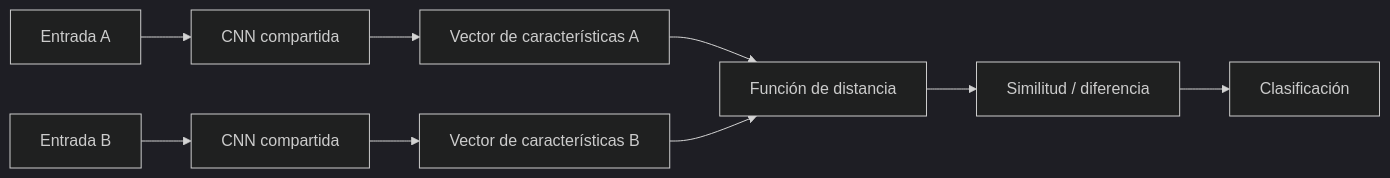
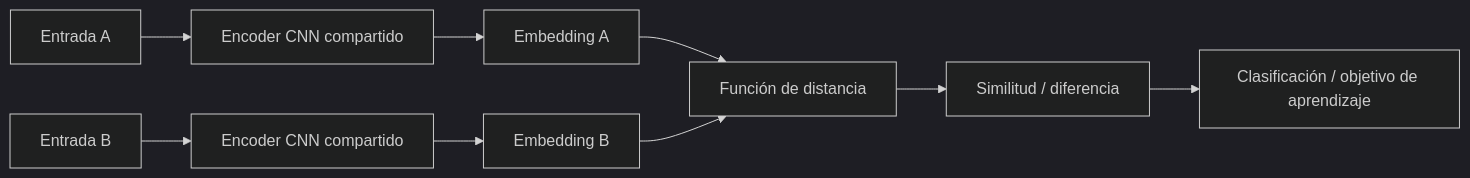
The third of 3 diagrams in README.md (LuisCasas23-cell/Clasificaci-n-de-v-deo-RGB-y-termogr-fico-mediante-redes-convolucionales-siamesas), drawn with Mermaid (dark theme) before and after one commit. The commit also changed other lines of this file, not shown here.

````diff
--- a/README.md
+++ b/README.md
@@ -256,11 +519,14 @@
 ```mermaid
 flowchart LR
-    A[Entrada A] --> C[CNN compartida]
-    B[Entrada B] --> D[CNN compartida]
-    C --> E[Vector de características A]
-    D --> F[Vector de características B]
+    A[Entrada A] --> C[Encoder CNN compartido]
+    B[Entrada B] --> D[Encoder CNN compartido]
+
+    C --> E[Embedding A]
+    D --> F[Embedding B]
+
     E --> G[Función de distancia]
     F --> G
+
     G --> H[Similitud / diferencia]
-    H --> I[Clasificación]
+    H --> I[Clasificación / objetivo de aprendizaje]
 ```
````
